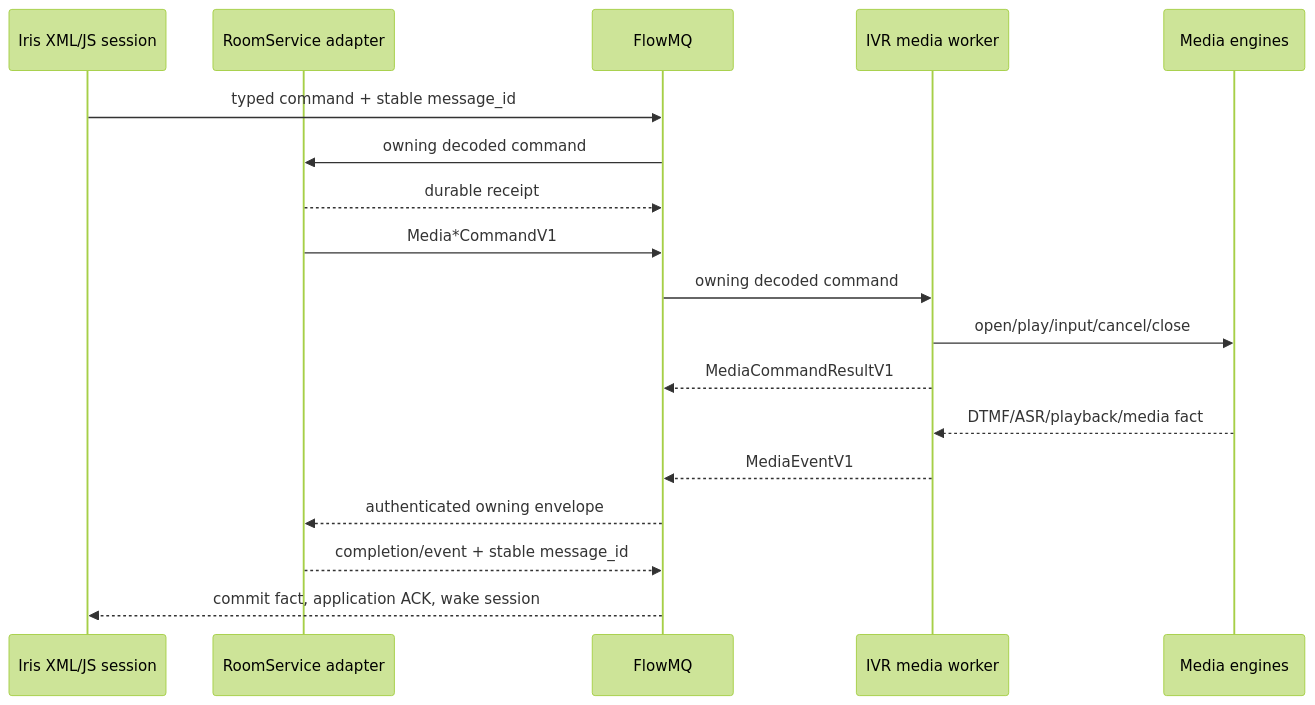
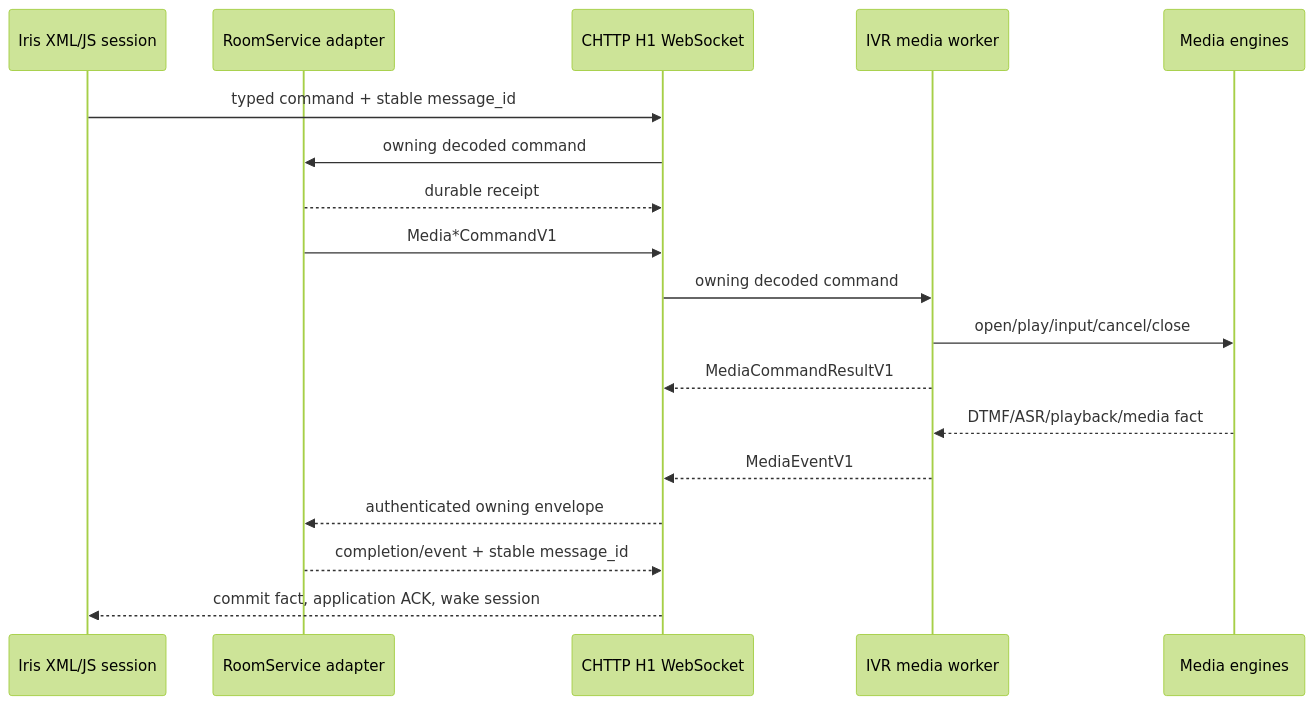
One commit to qigao/turbomedia changed the second of 2 diagrams in webrtc/docs/ivr-worker-architecture-zh.md. Above: the diagram before and after it, drawn with Mermaid (forest theme). The commit also changed other lines of this file and 162 other files, not shown here.

````diff
--- a/webrtc/docs/ivr-worker-architecture-zh.md
+++ b/webrtc/docs/ivr-worker-architecture-zh.md
@@ -42,21 +42,21 @@
 ```mermaid
 sequenceDiagram
   participant I as Iris XML/JS session
   participant R as RoomService adapter
-  participant F as FlowMQ
+  participant F as CHTTP H1 WebSocket
   participant W as IVR media worker
   participant M as Media engines
 
   I->>F: typed command + stable message_id
   F->>R: owning decoded command
   R-->>F: durable receipt
   R->>F: Media*CommandV1
   F->>W: owning decoded command
   W->>M: open/play/input/cancel/close
   W-->>F: MediaCommandResultV1
   M-->>W: DTMF/ASR/playback/media fact
   W-->>F: MediaEventV1
   F-->>R: authenticated owning envelope
   R-->>F: completion/event + stable message_id
   F-->>I: commit fact, application ACK, wake session
 ```
````
